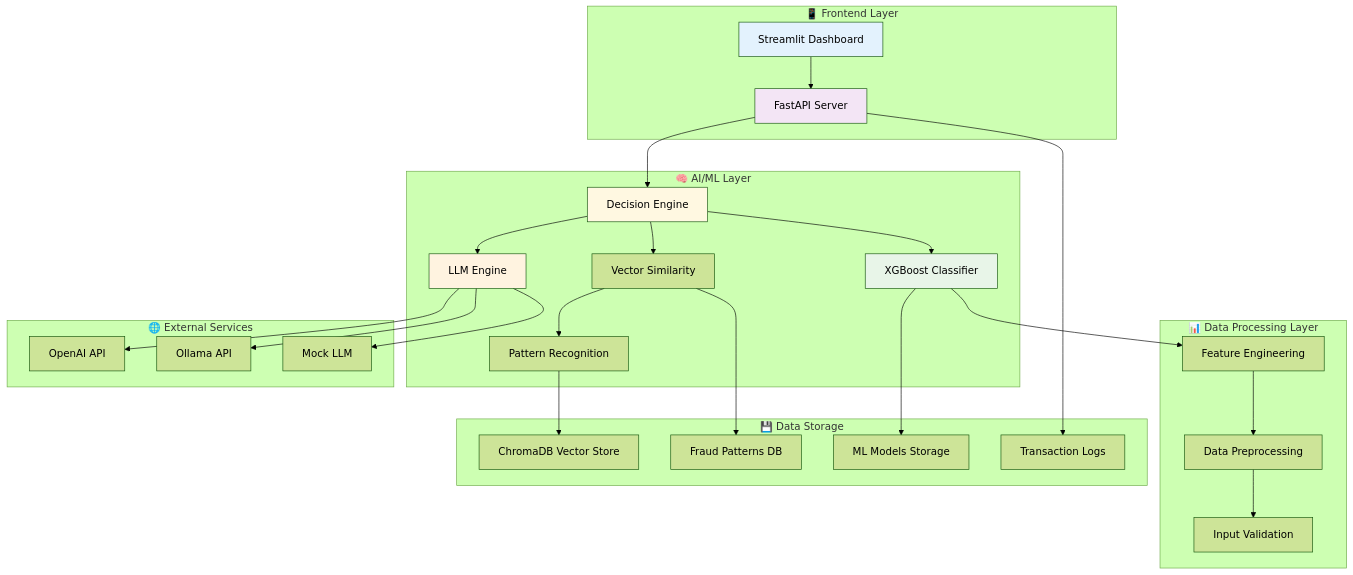
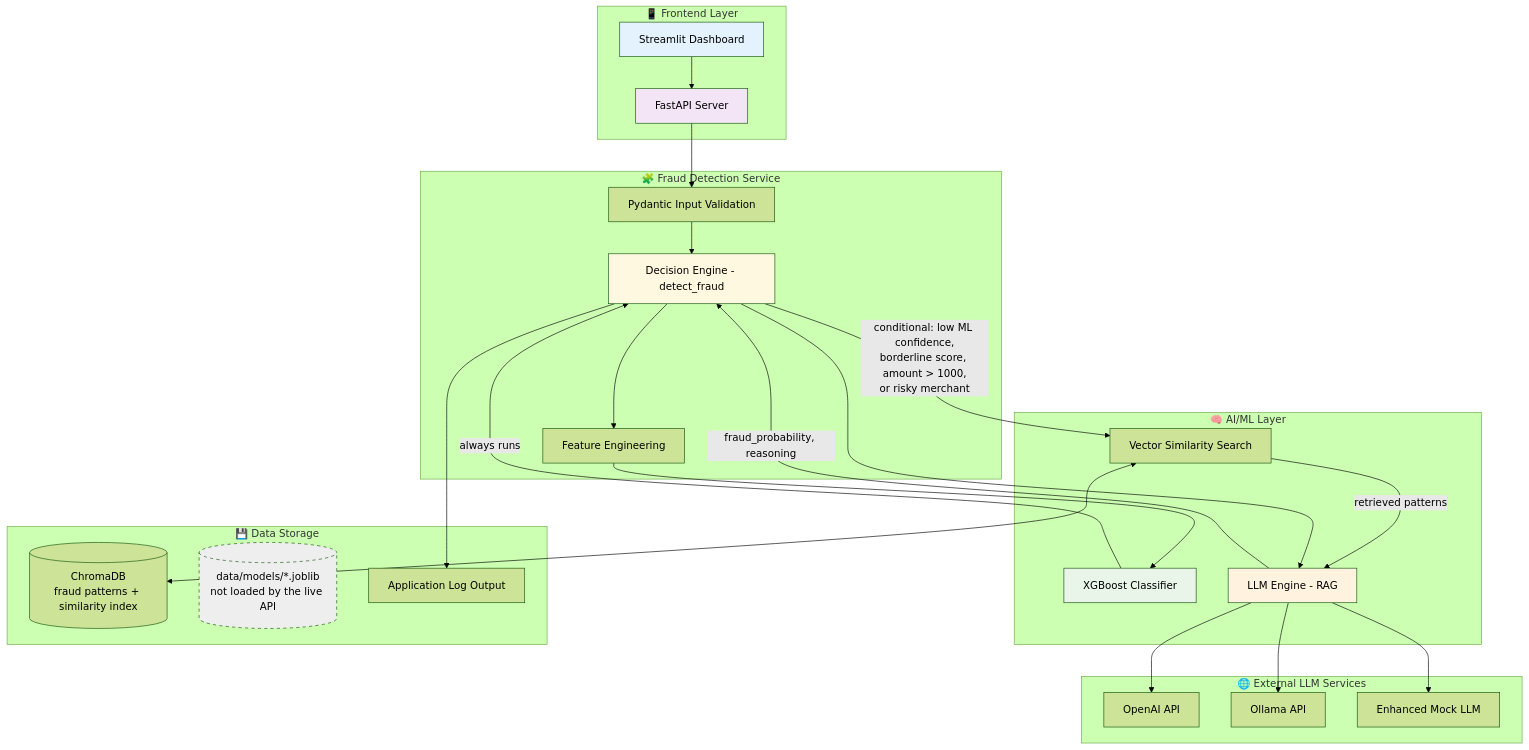
Before and after one commit to guruthanglearning/AILearning: the second of 5 diagrams in MLProjects/creditcardfrauddetection/README.md, drawn with Mermaid (forest theme). The commit also changed other lines of this file, not shown here.

Commit message:
Fix System Architecture Diagram in creditcardfrauddetection README
The diagram fabricated two components (Pattern Recognition, Fraud
Patterns DB) that don't exist in code - there's only one
VectorDBService backed by a single ChromaDB store used for both
writes and similarity search. It also implied the live API loads
the persisted XGBoost model from data/models/*.joblib, when
FraudDetectionService actually constructs MLModel() with no path
and always runs an in-memory untrained demo model. Vector search and
LLM analysis were shown as parallel siblings of the Decision Engine;
they're actually conditional and sequential - Vector runs first and
feeds the LLM's RAG prompt, only when the transaction doesn't meet
clear-case thresholds. Input validation order was also reversed:
Pydantic validates before feature engineering, not after.

````diff
--- a/MLProjects/creditcardfrauddetection/README.md
+++ b/MLProjects/creditcardfrauddetection/README.md
@@ -1626,60 +1626,56 @@
 ```mermaid
 graph TB
     subgraph "📱 Frontend Layer"
         UI[Streamlit Dashboard]
         API[FastAPI Server]
     end
-    
+
+    subgraph "🧩 Fraud Detection Service"
+        VALIDATION[Pydantic Input Validation]
+        DECISION[Decision Engine - detect_fraud]
+        FEATURE[Feature Engineering]
+    end
+
     subgraph "🧠 AI/ML Layer"
         XGB[XGBoost Classifier]
-        LLM[LLM Engine]
-        VECTOR[Vector Similarity]
-        PATTERN[Pattern Recognition]
-        DECISION[Decision Engine]
+        VECTOR[Vector Similarity Search]
+        LLM[LLM Engine - RAG]
     end
-    
-    subgraph "📊 Data Processing Layer"
-        FEATURE[Feature Engineering]
-        PREPROCESS[Data Preprocessing]
-        VALIDATION[Input Validation]
-    end
-    
-    subgraph "🌐 External Services"
+
+    subgraph "🌐 External LLM Services"
         OPENAI[OpenAI API]
         OLLAMA[Ollama API]
-        MOCK[Mock LLM]
+        MOCK[Enhanced Mock LLM]
     end
-    
+
     subgraph "💾 Data Storage"
-        CHROMA[ChromaDB Vector Store]
-        PATTERNS[Fraud Patterns DB]
-        MODELS[ML Models Storage]
-        LOGS[Transaction Logs]
+        CHROMA[(ChromaDB<br/>fraud patterns + similarity index)]
+        MODELS[("data/models/*.joblib<br/>not loaded by the live API")]
+        LOGS[Application Log Output]
     end
-    
+
     UI --> API
-    API --> DECISION
-    DECISION --> XGB
+    API --> VALIDATION
+    VALIDATION --> DECISION
+    DECISION --> FEATURE
+    FEATURE --> XGB
+    XGB -->|always runs| DECISION
+
+    DECISION -->|"conditional: low ML confidence,<br/>borderline score, amount > 1000,<br/>or risky merchant"| VECTOR
+    VECTOR <--> CHROMA
+    VECTOR -->|retrieved patterns| LLM
     DECISION --> LLM
-    DECISION --> VECTOR
-    
-    XGB --> FEATURE
-    VECTOR --> PATTERN
     LLM --> OPENAI
     LLM --> OLLAMA
     LLM --> MOCK
-    
-    FEATURE --> PREPROCESS
-    PREPROCESS --> VALIDATION
-    PATTERN --> CHROMA
-    
-    XGB --> MODELS
-    VECTOR --> PATTERNS
-    API --> LOGS
-    
+    LLM -->|fraud_probability, reasoning| DECISION
+
+    DECISION --> LOGS
+
     style UI fill:#e3f2fd
     style API fill:#f3e5f5
     style XGB fill:#e8f5e8
     style LLM fill:#fff3e0
     style DECISION fill:#fff8e1
+    style MODELS fill:#eeeeee,stroke-dasharray: 5 5
 ```
````
